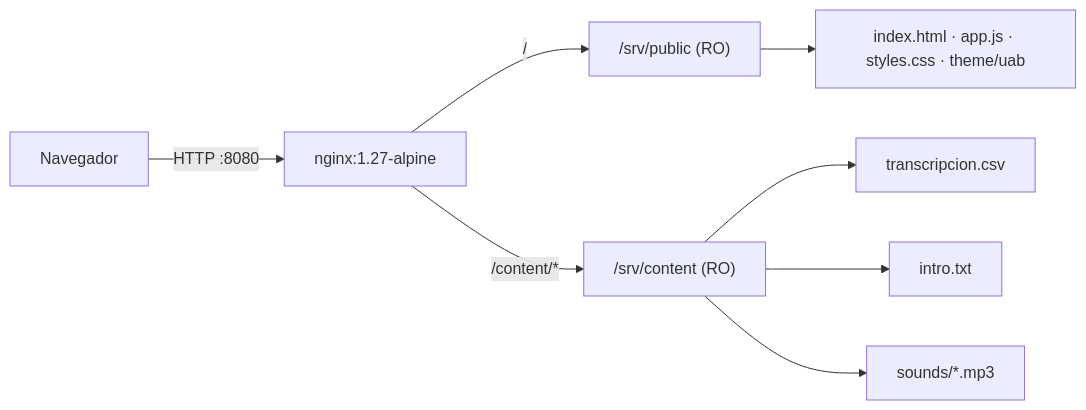
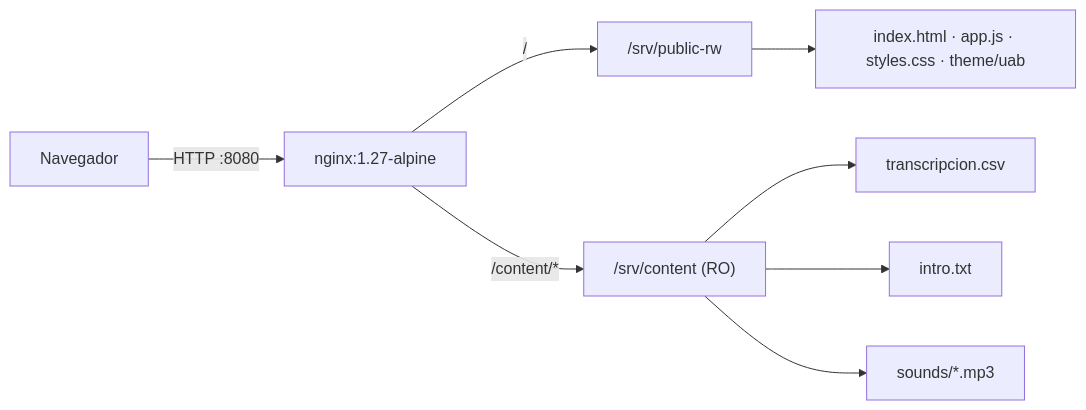
Before and after one commit to marcbria/chinoTranscripcion: the diagram in README.md, drawn with Mermaid. The commit also changed other lines of this file and 1 other file, not shown here.

````diff
--- a/README.md
+++ b/README.md
@@ -43,10 +43,10 @@
 ```mermaid
 flowchart LR
     Browser["Navegador"] -->|HTTP :8080| Nginx["nginx:1.27-alpine"]
-    Nginx -->|"/"| Public["/srv/public (RO)"]
+    Nginx -->|"/"| Public["/srv/public-rw"]
     Nginx -->|"/content/*"| Content["/srv/content (RO)"]
     Public --> Front["index.html · app.js · styles.css · theme/uab"]
     Content --> CSV["transcripcion.csv"]
     Content --> Intro["intro.txt"]
     Content --> Sounds["sounds/*.mp3"]
 ```
````
